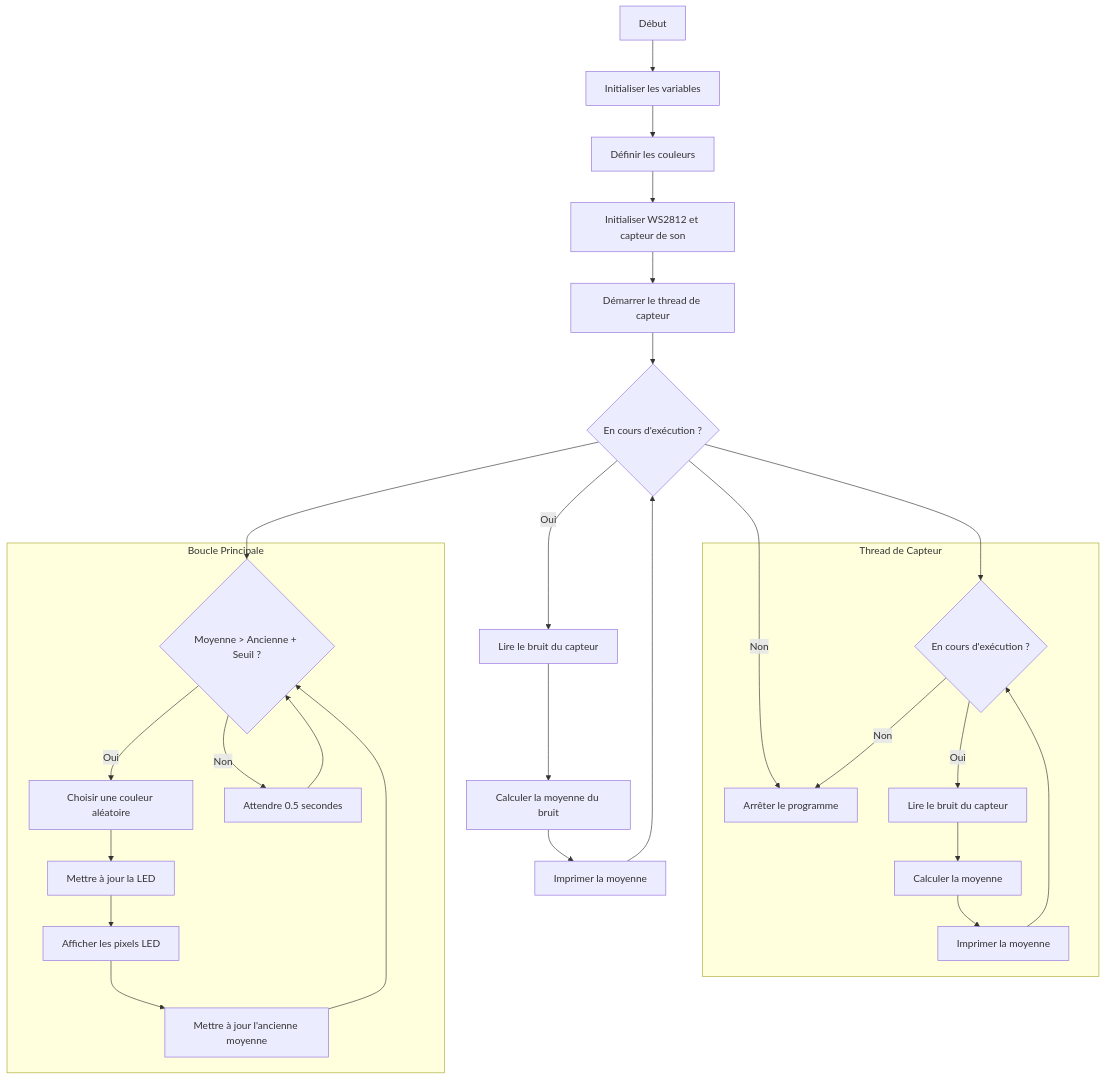
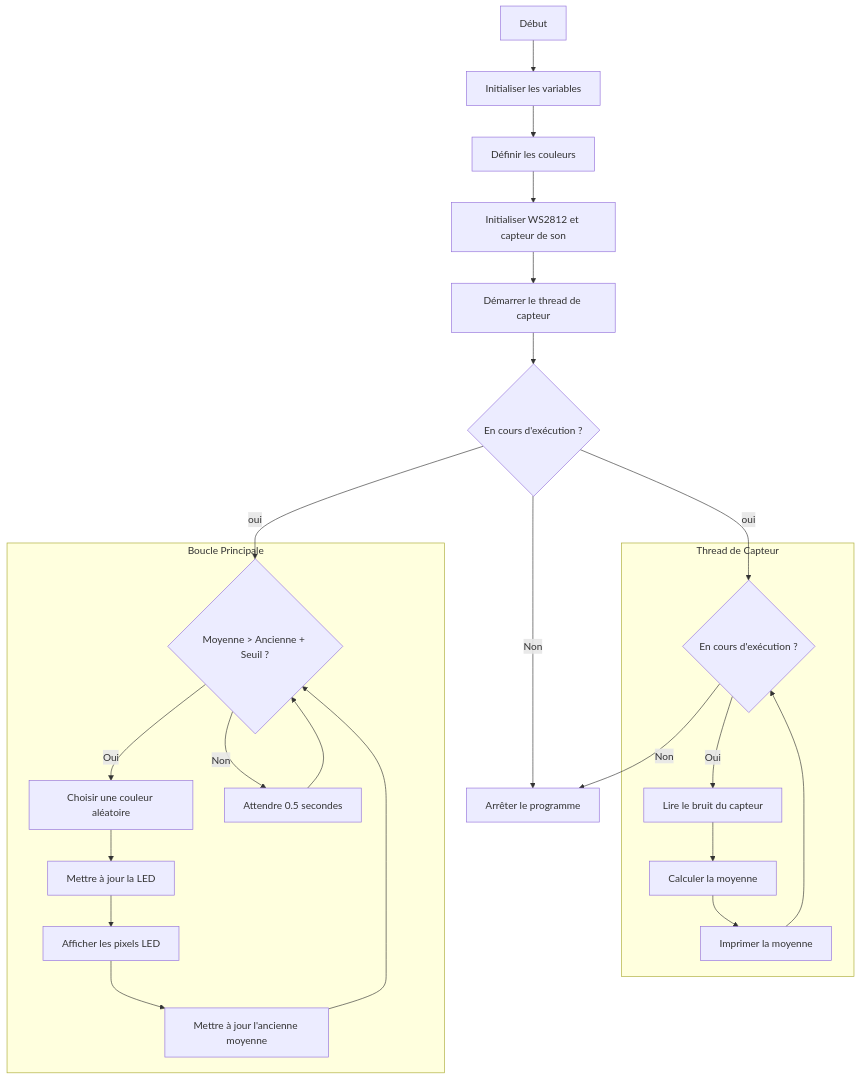
Before and after one commit to GourmetSebastien/SmartCities: the diagram in RYTHM/readme.md, drawn with Mermaid. The commit also changed 3 other files, not shown here.

Commit message:
modification float chart

`````diff
--- a/RYTHM/readme.md
+++ b/RYTHM/readme.md
@@ -20,40 +20,35 @@
 ```mermaid
 flowchart TD
     A[Début] --> B[Initialiser les variables]
     B --> C[Définir les couleurs]
     C --> D[Initialiser WS2812 et capteur de son]
     D --> E[Démarrer le thread de capteur]
     E --> F{En cours d'exécution ?}
     
-    F -- Oui --> G[Lire le bruit du capteur]
-    G --> H[Calculer la moyenne du bruit]
-    H --> I[Imprimer la moyenne]
-    I --> F
-    
-    F -- Non --> J[Arrêter le programme]
-    
     subgraph Thread de Capteur
         F1{En cours d'exécution ?}
         F1 -- Oui --> K[Lire le bruit du capteur]
         K --> L[Calculer la moyenne]
         L --> I1[Imprimer la moyenne]
         I1 --> F1
-        F1 -- Non --> J
     end
 
-    F --> F1
+    F -- oui --> F1
 
     subgraph Boucle Principale
         F2{Moyenne > Ancienne + Seuil ?}
         F2 -- Oui --> M[Choisir une couleur aléatoire]
         M --> N[Mettre à jour la LED]
         N --> O[Afficher les pixels LED]
         O --> P[Mettre à jour l'ancienne moyenne]
         P --> F2
         
         F2 -- Non --> Q[Attendre 0.5 secondes]
         Q --> F2
     end
 
-    F --> F2
-```
+    F -- oui --> F2
+    F1 -- Non --> J
+    F -- Non --> J[Arrêter le programme]
+
+````
`````
